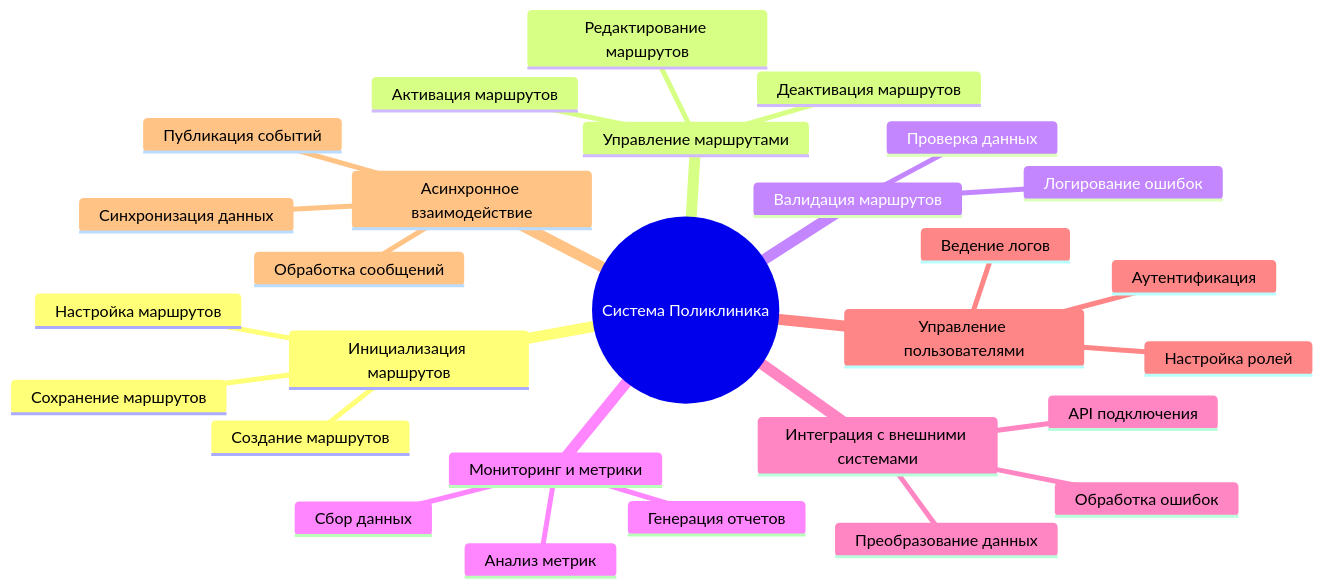
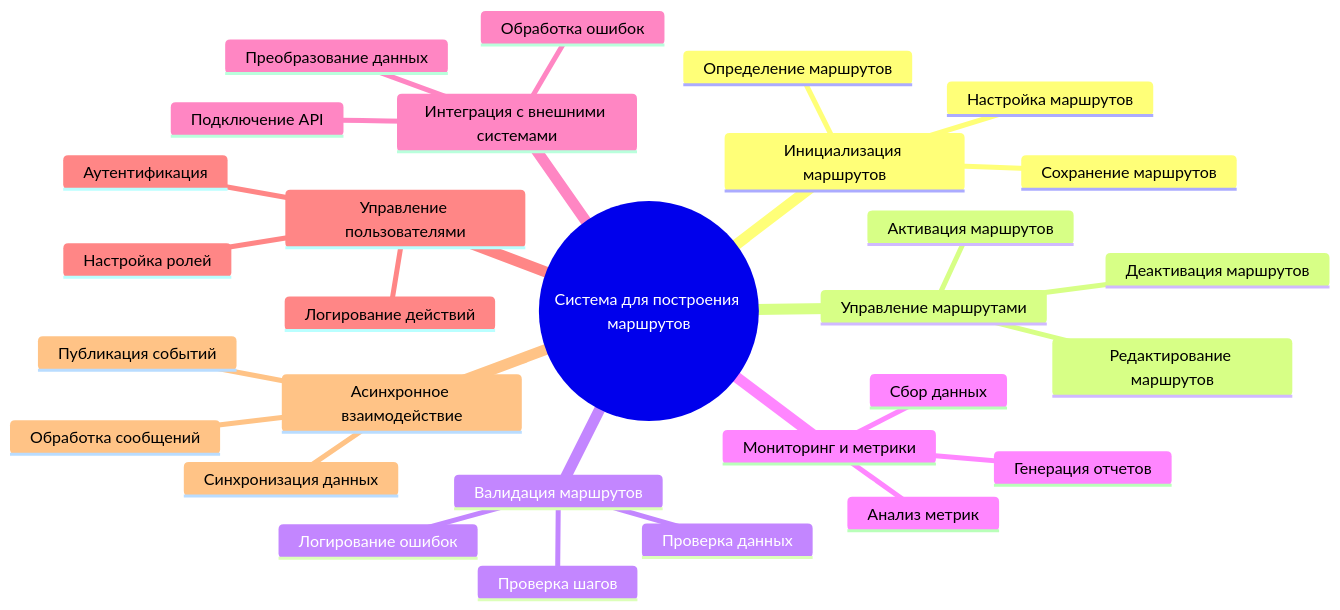
Before and after one commit to shiffoo/PKSS_12: the first of 4 diagrams in README.md, drawn with Mermaid. The commit also changed other lines of this file, not shown here.

````diff
--- a/README.md
+++ b/README.md
@@ -20,31 +22,32 @@
 ```mermaid
 mindmap
-  root(("Система Поликлиника"))
+  root((Система для построения маршрутов))
     Инициализация маршрутов
-      Создание маршрутов
+      Определение маршрутов
       Настройка маршрутов
       Сохранение маршрутов
     Управление маршрутами
       Активация маршрутов
       Деактивация маршрутов
       Редактирование маршрутов
     Валидация маршрутов
+      Проверка шагов
       Проверка данных
       Логирование ошибок
     Мониторинг и метрики
       Сбор данных
+      Анализ метрик
       Генерация отчетов
-      Анализ метрик
     Интеграция с внешними системами
-      API подключения
+      Подключение API
+      Преобразование данных
       Обработка ошибок
-      Преобразование данных
     Управление пользователями
       Аутентификация
       Настройка ролей
-      Ведение логов
+      Логирование действий
     Асинхронное взаимодействие
       Публикация событий
       Обработка сообщений
       Синхронизация данных
 ```
````
